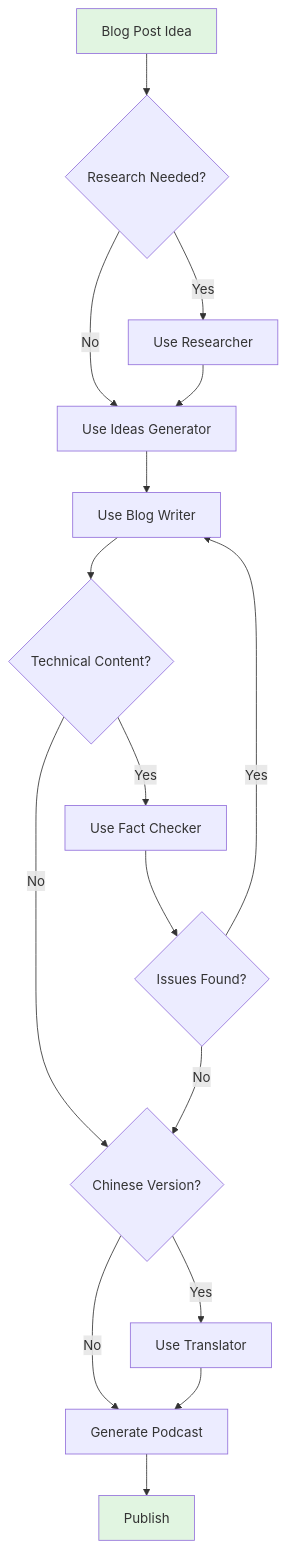
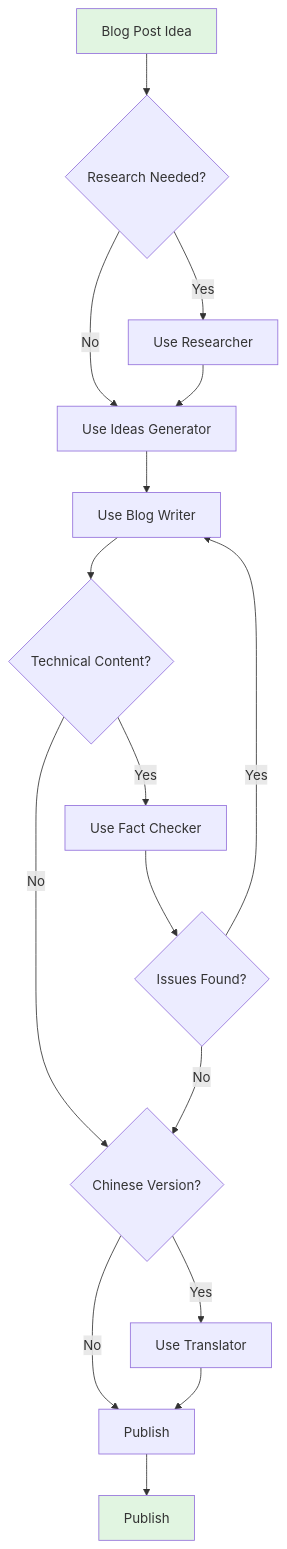
Before and after one commit to cmwen/cmwen.github.io: the third of 3 diagrams in .github/agents/WORKFLOW.md, drawn with Mermaid. The commit also changed other lines of this file and 109 other files, not shown here.

````diff
--- a/.github/agents/WORKFLOW.md
+++ b/.github/agents/WORKFLOW.md
@@ -134,26 +130,26 @@
 ```mermaid
 graph TD
     A[Blog Post Idea] --> B{Research Needed?}
     B -->|Yes| C[Use Researcher]
     B -->|No| D[Use Ideas Generator]
 
     C --> D
     D --> E[Use Blog Writer]
 
     E --> F{Technical Content?}
     F -->|Yes| G[Use Fact Checker]
     F -->|No| H{Chinese Version?}
 
     G --> I{Issues Found?}
     I -->|Yes| E
     I -->|No| H
 
     H -->|Yes| J[Use Translator]
-    H -->|No| K[Generate Podcast]
+    H -->|No| K[Publish]
 
     J --> K
     K --> L[Publish]
 
     style A fill:#e1f5e1
     style L fill:#e1f5e1
 ```
````
